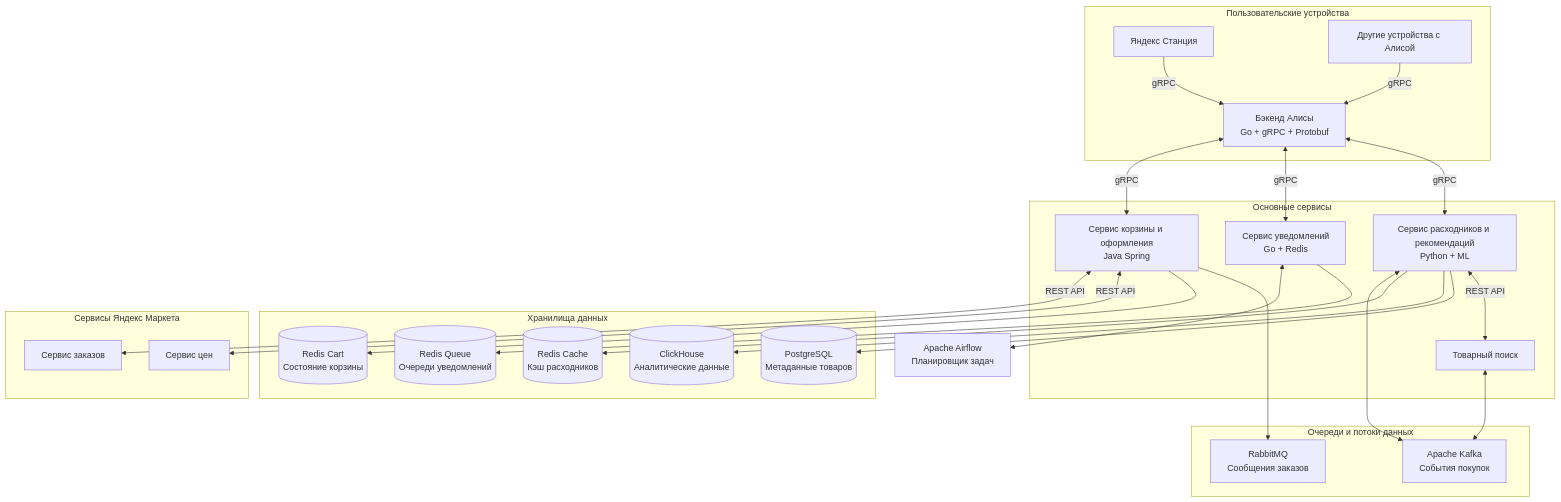
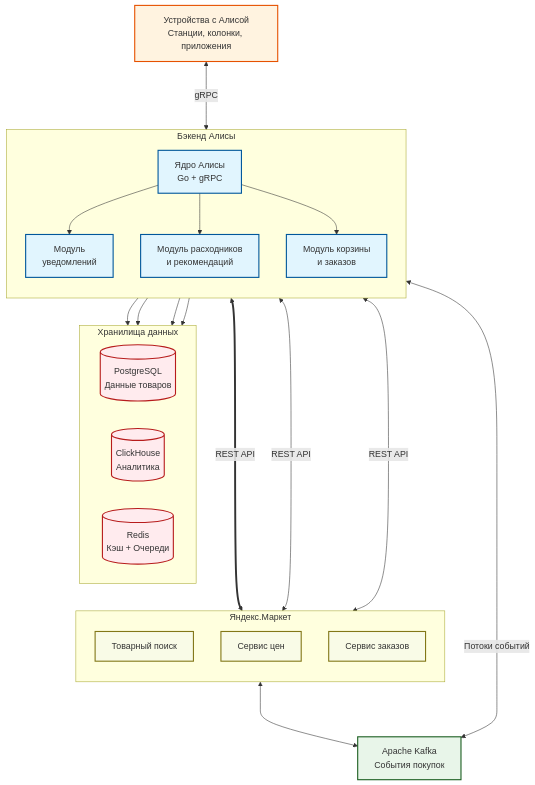
The first of 3 diagrams in README.md (aribnail/yandex_manager), drawn with Mermaid before and after one commit. The commit also changed other lines of this file, not shown here.

Commit message:
Упростил архитектуру, улучшил визуализацию диаграмм и стрелок

````diff
--- a/README.md
+++ b/README.md
@@ -10,54 +10,58 @@
 ```mermaid
-flowchart TD
-    %% Устройства
-    subgraph "Пользовательские устройства"
-        A[Яндекс Станция] --> |gRPC| B
-        M[Другие устройства с Алисой] --> |gRPC| B
-    end
+flowchart TB
+    classDef service fill:#e1f5fe,stroke:#01579b,stroke-width:2px
+    classDef database fill:#ffebee,stroke:#b71c1c,stroke-width:2px
+    classDef external fill:#f9fbe7,stroke:#827717,stroke-width:2px
+    classDef messaging fill:#e8f5e9,stroke:#1b5e20,stroke-width:2px
+    classDef client fill:#fff3e0,stroke:#e65100,stroke-width:2px
 
-    %% Основные сервисы
-    subgraph "Основные сервисы"
-        B[Бэкенд Алисы\nGo + gRPC + Protobuf] <--> |gRPC| C
-        B <--> |gRPC| D
-        B <--> |gRPC| E
-        
-        C[Сервис расходников и рекомендаций\nPython + ML] <--> |REST API| N
+    %% Клиентские устройства
+    devices[Устройства с Алисой<br>Станции, колонки, приложения]:::client
+    
+    %% Монолит Алисы    
+    subgraph alice [Бэкенд Алисы]
+        direction TB
+        alice_core[Ядро Алисы<br>Go + gRPC]:::service
+        consumables_module[Модуль расходников<br>и рекомендаций]:::service
+        notification_module[Модуль<br>уведомлений]:::service
+        cart_module[Модуль корзины<br>и заказов]:::service
     end
     
     %% Хранилища данных
-    subgraph "Хранилища данных"
-        F[(PostgreSQL\nМетаданные товаров)]
-        G[(ClickHouse\nАналитические данные)]
-        H[(Redis Cache\nКэш расходников)]
-        I[(Redis Queue\nОчереди уведомлений)]
-        L[(Redis Cart\nСостояние корзины)]
+    subgraph data_stores [Хранилища данных]
+        direction LR
+        postgres[(PostgreSQL<br>Данные товаров)]:::database
+        clickhouse[(ClickHouse<br>Аналитика)]:::database
+        redis[(Redis<br>Кэш + Очереди)]:::database
     end
     
     %% Очереди сообщений
-    subgraph "Очереди и потоки данных"
-        Q[Apache Kafka\nСобытия покупок]
-        K[RabbitMQ\nСообщения заказов]
+    kafka[Apache Kafka<br>События покупок]:::messaging
+    
+    %% Сервисы Яндекс.Маркета
+    subgraph market [Яндекс.Маркет]
+        direction TB
+        search[Товарный поиск]:::external
+        price[Сервис цен]:::external
+        order[Сервис заказов]:::external
     end
     
-    %% Внешние сервисы Я.Маркета
-    subgraph "Сервисы Яндекс Маркета"
-        N[Товарный поиск] 
-        O[Сервис цен] 
-        P[Сервис заказов]
-    end
+    %% Связи
+    devices <---> |gRPC| alice_core
     
-    %% Дополнительные сервисы
-    D[Сервис уведомлений\nGo + Redis] --> I
-    D <--> J[Apache Airflow\nПланировщик задач]
-    E[Сервис корзины и оформления\nJava Spring] --> K
-    E --> L
-    E <--> |REST API| O
-    E <--> |REST API| P
+    alice_core --> notification_module
+    alice_core --> consumables_module
+    alice_core --> cart_module
     
-    %% Связи с БД и Очередями
-    C --> F
-    C --> G
-    C --> H
-    C <--> Q
-    N <--> Q
+    notification_module --> redis
+    consumables_module --> postgres
+    consumables_module --> clickhouse
+    consumables_module --> redis
+    cart_module <==> |REST API| order
+    
+    consumables_module <---> |Потоки событий| kafka
+    search <---> kafka
+    
+    consumables_module <---> |REST API| search
+    cart_module <---> |REST API| price
 ```
````
